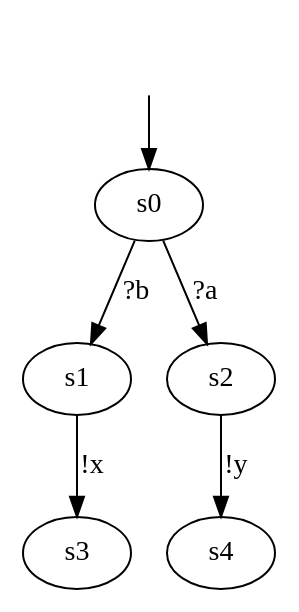
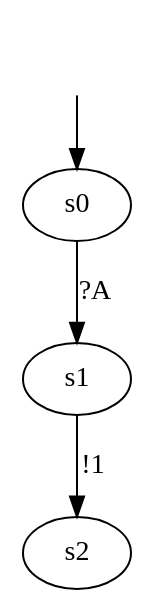
One commit to haubitzer/AALpy changed the diagram in DotModels/Iots/01_iots.dot. Above: the diagram before and after it, drawn with Graphviz. The commit also changed 1 other file, not shown here.

```diff
--- a/DotModels/Iots/01_iots.dot
+++ b/DotModels/Iots/01_iots.dot
@@ -1,13 +1,11 @@
-digraph {
+digraph learnedModel {
 s0 [label=s0];
 s1 [label=s1];
 s2 [label=s2];
-s3 [label=s3];
-s4 [label=s4];
-s0 -> s2  [label="?a"];
-s0 -> s1  [label="?b"];
-s1 -> s3  [label="!x"];
-s2 -> s4  [label="!y"];
+
+s0 -> s1  [label="?A"];
+s1 -> s2  [label="!1"];
+
 __start0 [label="", shape=none];
 __start0 -> s0  [label=""];
 }
```
